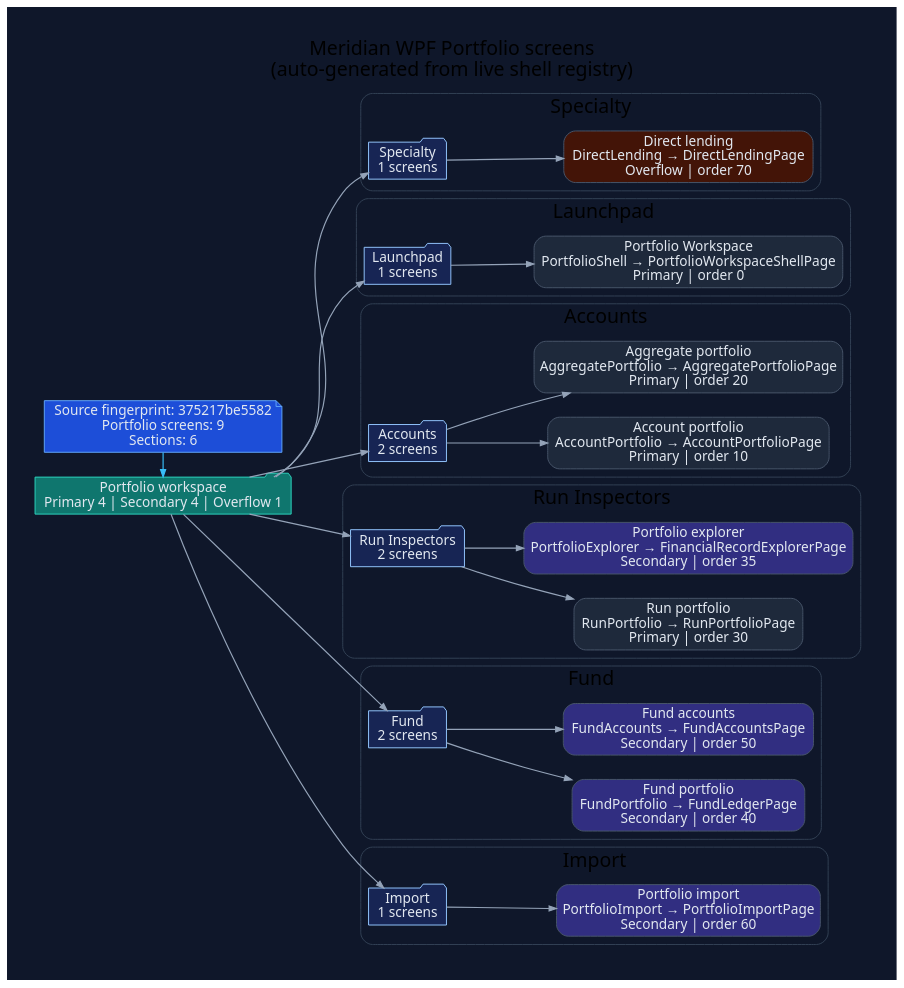
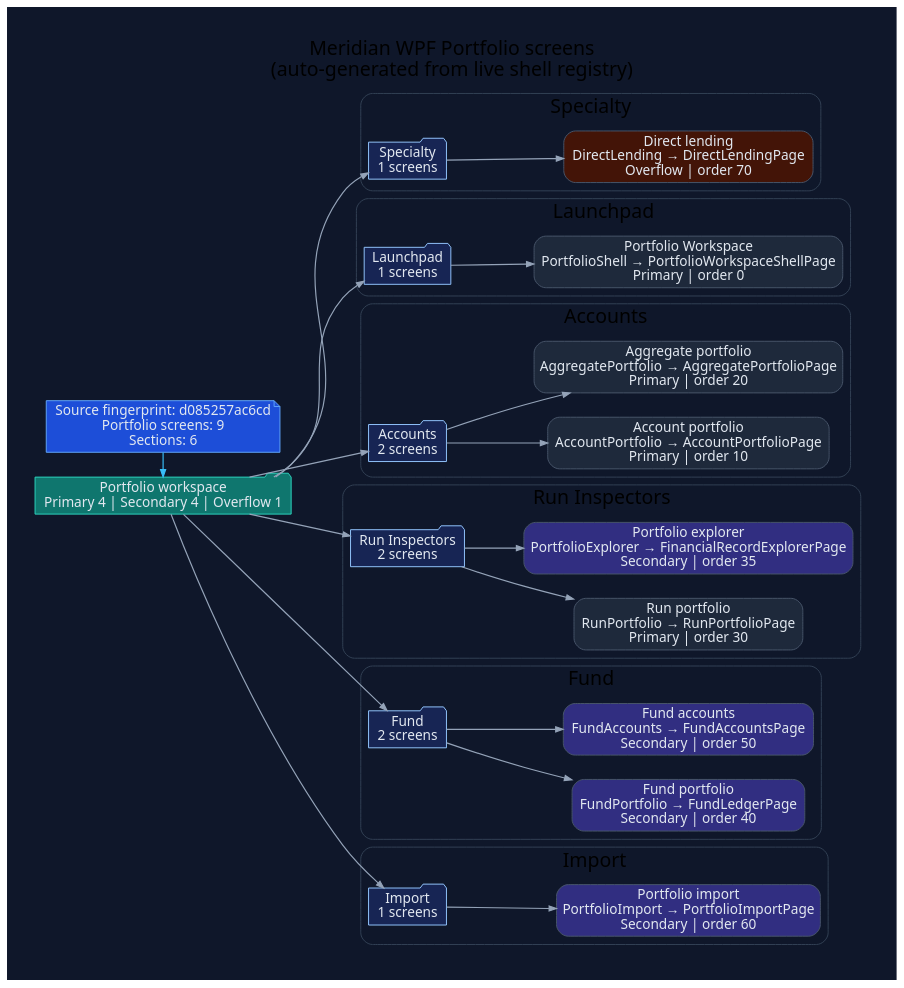
The diagram in docs/diagrams/ui-wpf-screens-portfolio.dot (rodoHasArrived/Meridian-main), drawn with Graphviz before and after one commit. The commit also changed 191 other files, not shown here.

```diff
--- a/docs/diagrams/ui-wpf-screens-portfolio.dot
+++ b/docs/diagrams/ui-wpf-screens-portfolio.dot
@@ -1,92 +1,92 @@
 // -----------------------------------------------------------------------------
 // <auto-generated>
 // Generated by scripts/generate-diagrams.mjs.
 // Do not edit this file directly; update the WPF source files instead.
 // -----------------------------------------------------------------------------
 digraph WpfPortfolioScreens {
   graph [
     rankdir=LR,
     labelloc=t,
     label="Meridian WPF Portfolio screens\n(auto-generated from live shell registry)",
     fontname="Segoe UI",
     fontsize=20,
     pad=0.4,
     nodesep=0.35,
     ranksep=0.85,
     bgcolor="#0f172a"
   ];
   node [fontname="Segoe UI", shape=box, style="rounded,filled", color="#475569", fontcolor="#e2e8f0", fillcolor="#1e293b"];
   edge [fontname="Segoe UI", color="#94a3b8", penwidth=1.2, arrowsize=0.75];
 
-  generated [shape=note, fillcolor="#1d4ed8", color="#60a5fa", label="Source fingerprint: 375217be5582\nPortfolio screens: 9\nSections: 6"];
+  generated [shape=note, fillcolor="#1d4ed8", color="#60a5fa", label="Source fingerprint: d085257ac6cd\nPortfolio screens: 9\nSections: 6"];
   workspace [shape=folder, fillcolor="#0f766e", color="#2dd4bf", label="Portfolio workspace\nPrimary 4 | Secondary 4 | Overflow 1"];
   generated -> workspace [color="#38bdf8"];
 
   subgraph cluster_section_1 {
     label="Specialty";
     color="#334155";
     style="rounded";
     section_1 [shape=folder, fillcolor="#172554", color="#93c5fd", label="Specialty\n1 screens"];
     workspace -> section_1;
     screen_DirectLending [fillcolor="#431407", label="Direct lending\nDirectLending → DirectLendingPage\nOverflow | order 70"];
     section_1 -> screen_DirectLending;
   }
 
   subgraph cluster_section_2 {
     label="Launchpad";
     color="#334155";
     style="rounded";
     section_2 [shape=folder, fillcolor="#172554", color="#93c5fd", label="Launchpad\n1 screens"];
     workspace -> section_2;
     screen_PortfolioShell [fillcolor="#1e293b", label="Portfolio Workspace\nPortfolioShell → PortfolioWorkspaceShellPage\nPrimary | order 0"];
     section_2 -> screen_PortfolioShell;
   }
 
   subgraph cluster_section_3 {
     label="Accounts";
     color="#334155";
     style="rounded";
     section_3 [shape=folder, fillcolor="#172554", color="#93c5fd", label="Accounts\n2 screens"];
     workspace -> section_3;
     screen_AccountPortfolio [fillcolor="#1e293b", label="Account portfolio\nAccountPortfolio → AccountPortfolioPage\nPrimary | order 10"];
     section_3 -> screen_AccountPortfolio;
     screen_AggregatePortfolio [fillcolor="#1e293b", label="Aggregate portfolio\nAggregatePortfolio → AggregatePortfolioPage\nPrimary | order 20"];
     section_3 -> screen_AggregatePortfolio;
   }
 
   subgraph cluster_section_4 {
     label="Run Inspectors";
     color="#334155";
     style="rounded";
     section_4 [shape=folder, fillcolor="#172554", color="#93c5fd", label="Run Inspectors\n2 screens"];
     workspace -> section_4;
     screen_RunPortfolio [fillcolor="#1e293b", label="Run portfolio\nRunPortfolio → RunPortfolioPage\nPrimary | order 30"];
     section_4 -> screen_RunPortfolio;
     screen_PortfolioExplorer [fillcolor="#312e81", label="Portfolio explorer\nPortfolioExplorer → FinancialRecordExplorerPage\nSecondary | order 35"];
     section_4 -> screen_PortfolioExplorer;
   }
 
   subgraph cluster_section_5 {
     label="Fund";
     color="#334155";
     style="rounded";
     section_5 [shape=folder, fillcolor="#172554", color="#93c5fd", label="Fund\n2 screens"];
     workspace -> section_5;
     screen_FundPortfolio [fillcolor="#312e81", label="Fund portfolio\nFundPortfolio → FundLedgerPage\nSecondary | order 40"];
     section_5 -> screen_FundPortfolio;
     screen_FundAccounts [fillcolor="#312e81", label="Fund accounts\nFundAccounts → FundAccountsPage\nSecondary | order 50"];
     section_5 -> screen_FundAccounts;
   }
 
   subgraph cluster_section_6 {
     label="Import";
     color="#334155";
     style="rounded";
     section_6 [shape=folder, fillcolor="#172554", color="#93c5fd", label="Import\n1 screens"];
     workspace -> section_6;
     screen_PortfolioImport [fillcolor="#312e81", label="Portfolio import\nPortfolioImport → PortfolioImportPage\nSecondary | order 60"];
     section_6 -> screen_PortfolioImport;
   }
 
   { rank=min; generated; workspace; }
 }
```
